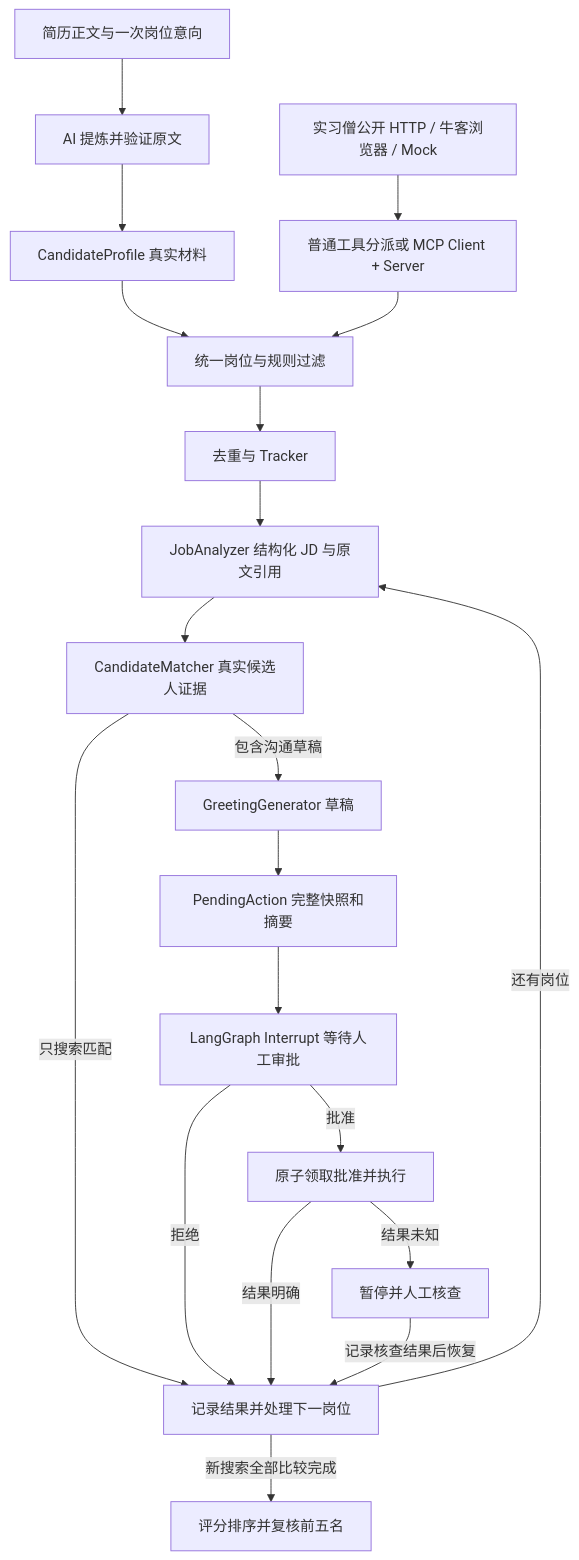
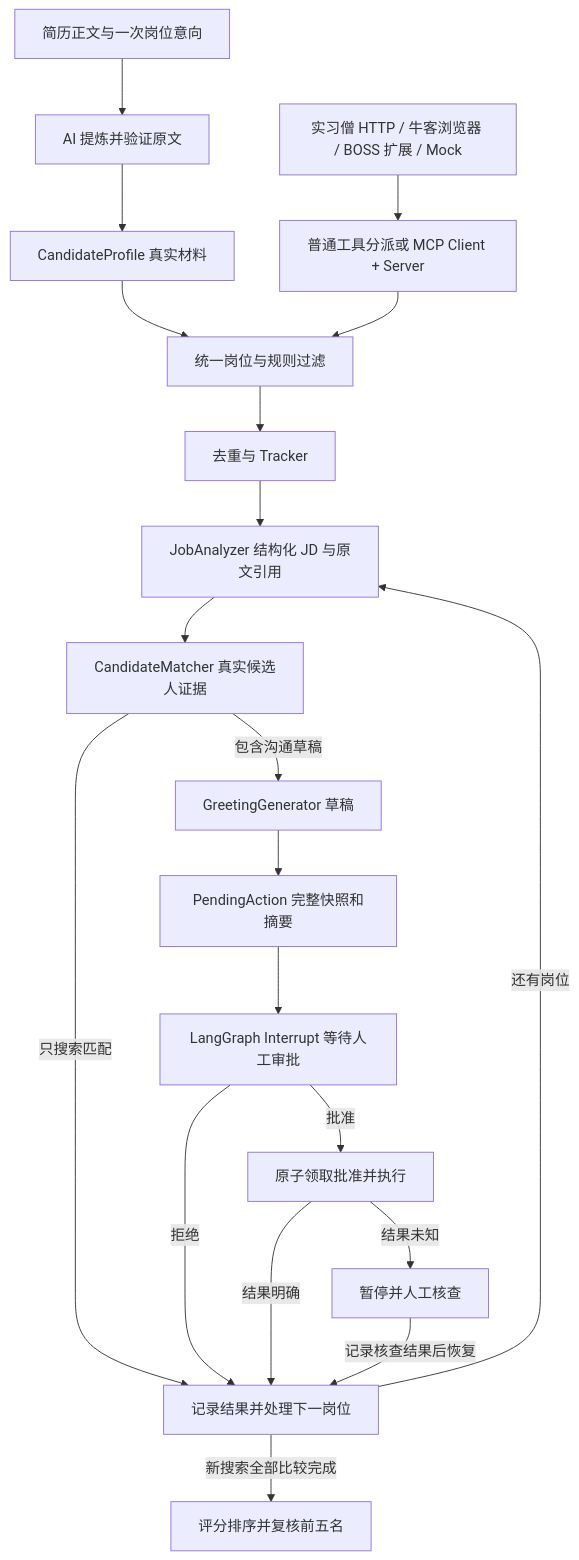
One commit to yujiehaoshuai/JobPilot changed the diagram in docs/architecture.md. Above: the diagram before and after it, drawn with Mermaid. The commit also changed other lines of this file and 34 other files, not shown here.

````diff
--- a/docs/architecture.md
+++ b/docs/architecture.md
@@ -5,22 +5,22 @@
 ```mermaid
 flowchart TD
     R[简历正文与一次岗位意向] --> X[AI 提炼并验证原文]
     X --> A[CandidateProfile 真实材料]
     A --> D[统一岗位与规则过滤]
-    B[实习僧公开 HTTP / 牛客浏览器 / Mock] --> C[普通工具分派或 MCP Client + Server]
+    B[实习僧 HTTP / 牛客浏览器 / BOSS 扩展 / Mock] --> C[普通工具分派或 MCP Client + Server]
     C --> D
     D --> E[去重与 Tracker]
     E --> F[JobAnalyzer 结构化 JD 与原文引用]
     F --> G[CandidateMatcher 真实候选人证据]
     G -->|只搜索匹配| L[记录结果并处理下一岗位]
     G -->|包含沟通草稿| H[GreetingGenerator 草稿]
     H --> I[PendingAction 完整快照和摘要]
     I --> J[LangGraph Interrupt 等待人工审批]
     J -->|拒绝| L[记录结果并处理下一岗位]
     J -->|批准| K[原子领取批准并执行]
     K -->|结果明确| L
     K -->|结果未知| M[暂停并人工核查]
     M -->|记录核查结果后恢复| L
     L -->|还有岗位| F
     L -->|新搜索全部比较完成| N[评分排序并复核前五名]
 ```
````
